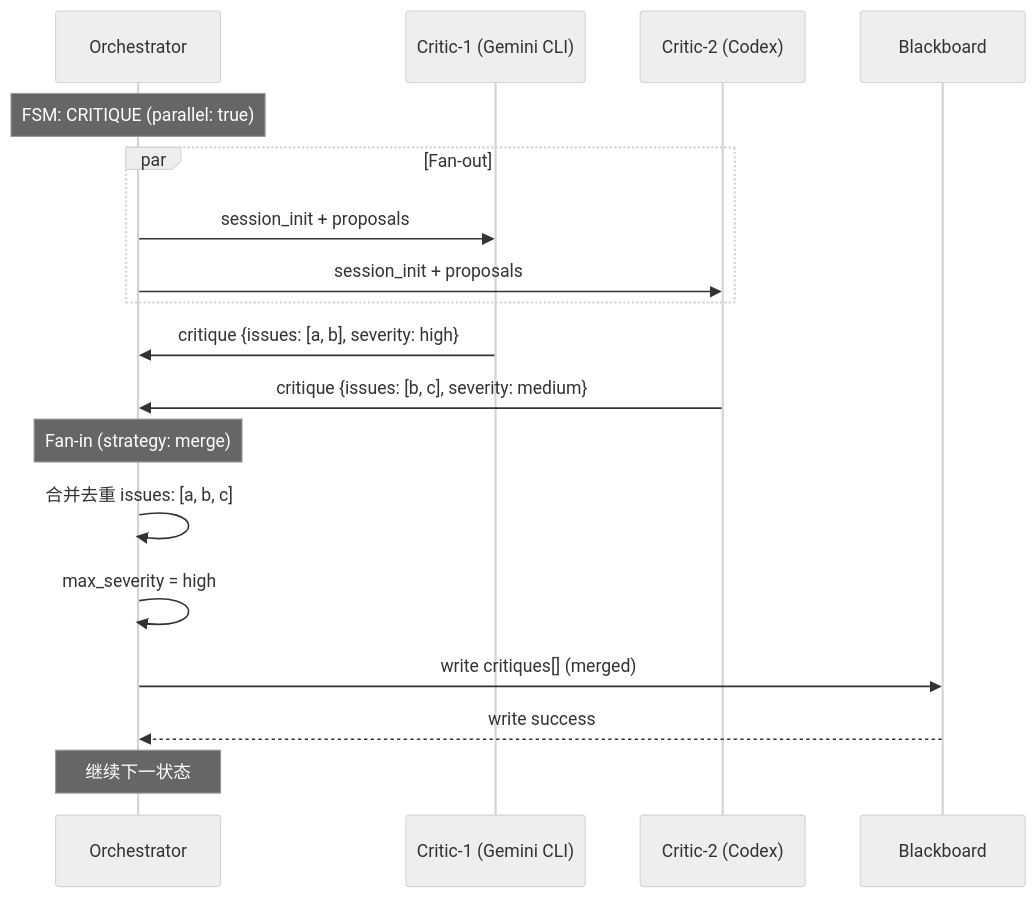
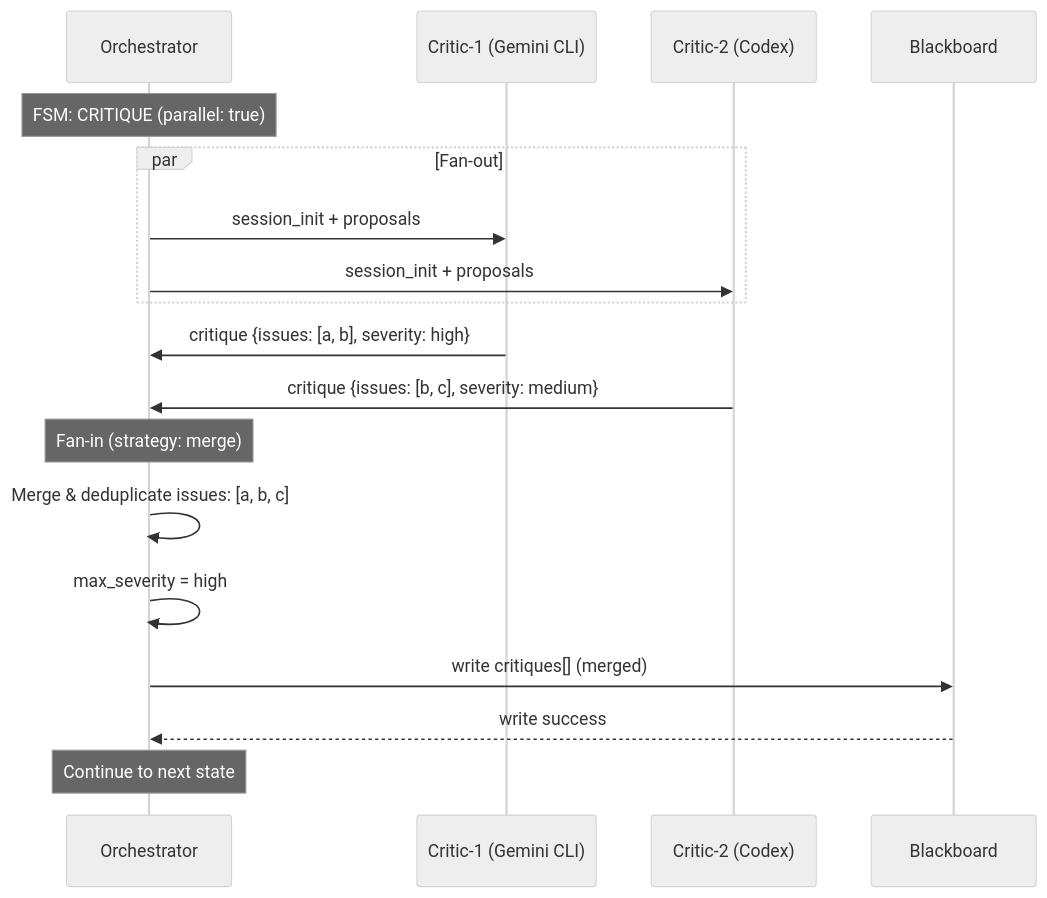
The fifth of 5 diagrams in docs/harness/mvp.md (open-vera/OpenVera), drawn with Mermaid (neutral theme) before and after one commit. The commit also changed other lines of this file and 21 other files, not shown here.

````diff
--- a/docs/harness/mvp.md
+++ b/docs/harness/mvp.md
@@ -2446,24 +2449,24 @@
 ```mermaid
 sequenceDiagram
     participant O as Orchestrator
     participant C1 as Critic-1 (Gemini CLI)
     participant C2 as Critic-2 (Codex)
     participant B as Blackboard
 
     Note over O: FSM: CRITIQUE (parallel: true)
     par Fan-out
         O->>C1: session_init + proposals
         O->>C2: session_init + proposals
     end
 
     C1->>O: critique {issues: [a, b], severity: high}
     C2->>O: critique {issues: [b, c], severity: medium}
 
     Note over O: Fan-in (strategy: merge)
-    O->>O: 合并去重 issues: [a, b, c]
+    O->>O: Merge & deduplicate issues: [a, b, c]
     O->>O: max_severity = high
     O->>B: write critiques[] (merged)
     B-->>O: write success
 
-    Note over O: 继续下一状态
+    Note over O: Continue to next state
 ```
````
